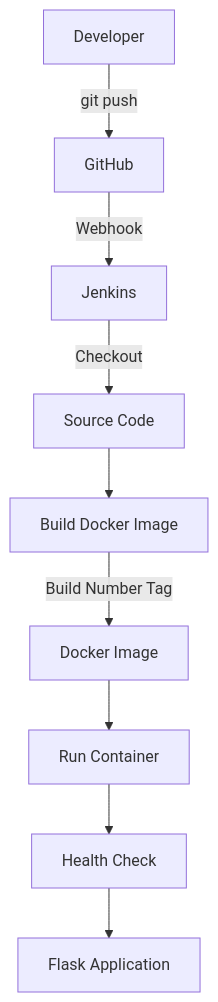
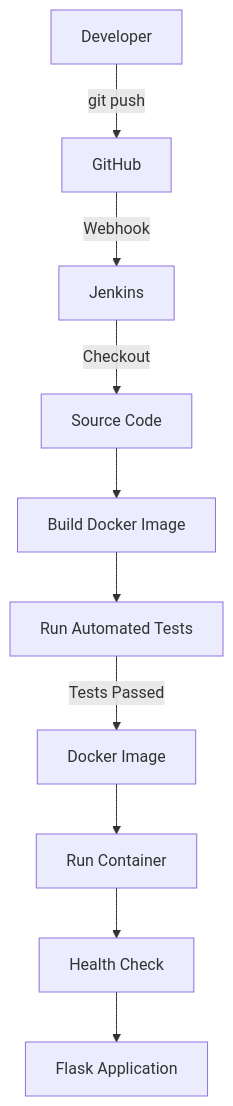
Before and after one commit to prateekmotwani11/project-2: the diagram in README.md, drawn with Mermaid. The commit also changed other lines of this file, not shown here.

Commit message:
Update README for automated testing

````diff
--- a/README.md
+++ b/README.md
@@ -11,11 +11,12 @@
 ```mermaid
 flowchart TD
     A[Developer] -->|git push| B[GitHub]
     B -->|Webhook| C[Jenkins]
     C -->|Checkout| D[Source Code]
     D --> E[Build Docker Image]
-    E -->|Build Number Tag| F[Docker Image]
-    F --> G[Run Container]
-    G --> H[Health Check]
-    H --> I[Flask Application]
+    E --> F[Run Automated Tests]
+    F -->|Tests Passed| G[Docker Image]
+    G --> H[Run Container]
+    H --> I[Health Check]
+    I --> J[Flask Application]
 ```
````
